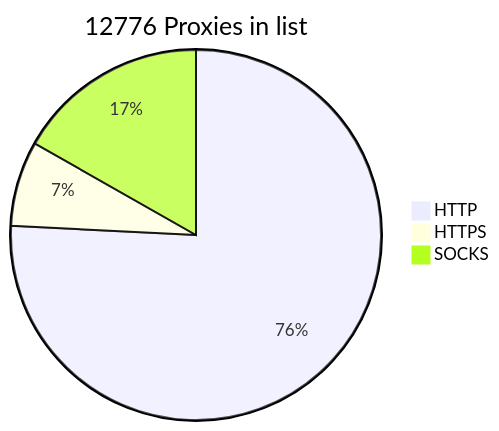
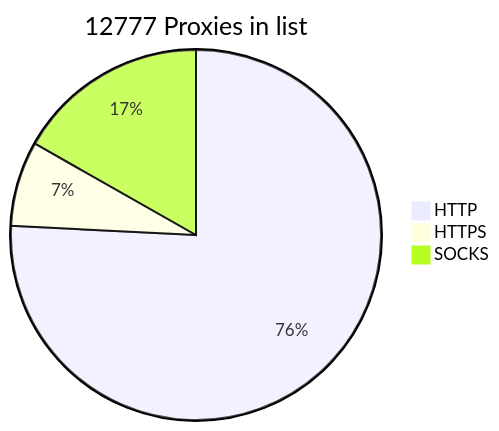
Before and after one commit to BlackSnowDot/proxylist-update-every-minute: the diagram in README.md, drawn with Mermaid.

````diff
--- a/README.md
+++ b/README.md
@@ -2,6 +2,6 @@
 ```mermaid
-pie title 12776 Proxies in list
+pie title 12777 Proxies in list
     "HTTP" : 9851
     "HTTPS": 965
-    "SOCKS" : 2181
+    "SOCKS" : 2182
 ```
````
